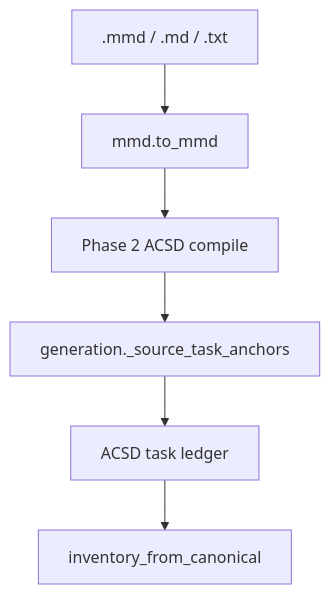
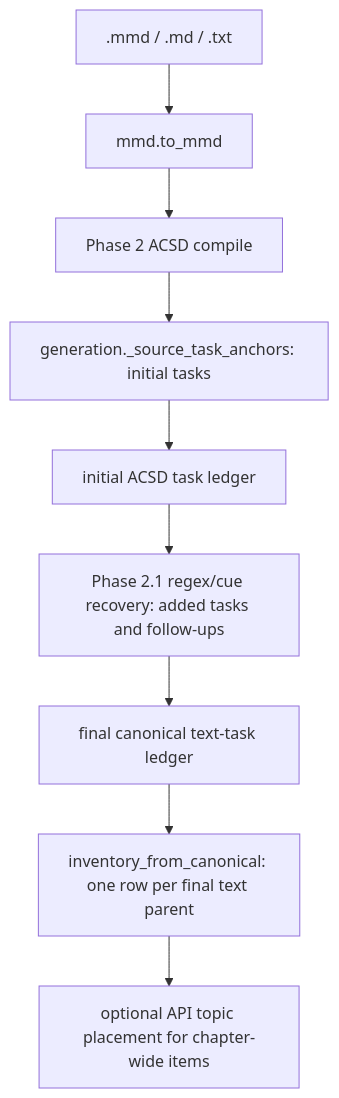
The diagram in docs/spec-question-extraction.md (mohithmohan07/ProjectAegis), drawn with Mermaid before and after one commit. The commit also changed other lines of this file and 1 other file, not shown here.

````diff
--- a/docs/spec-question-extraction.md
+++ b/docs/spec-question-extraction.md
@@ -46,8 +46,11 @@
 ```mermaid
 flowchart TD
     A[".mmd / .md / .txt"] --> B["mmd.to_mmd"]
     B --> C["Phase 2 ACSD compile"]
-    C --> D["generation._source_task_anchors"]
-    D --> E["ACSD task ledger"]
-    E --> F["inventory_from_canonical"]
+    C --> D["generation._source_task_anchors: initial tasks"]
+    D --> E["initial ACSD task ledger"]
+    E --> R["Phase 2.1 regex/cue recovery: added tasks and follow-ups"]
+    R --> L["final canonical text-task ledger"]
+    L --> F["inventory_from_canonical: one row per final text parent"]
+    F --> G["optional API topic placement for chapter-wide items"]
 ```
````
